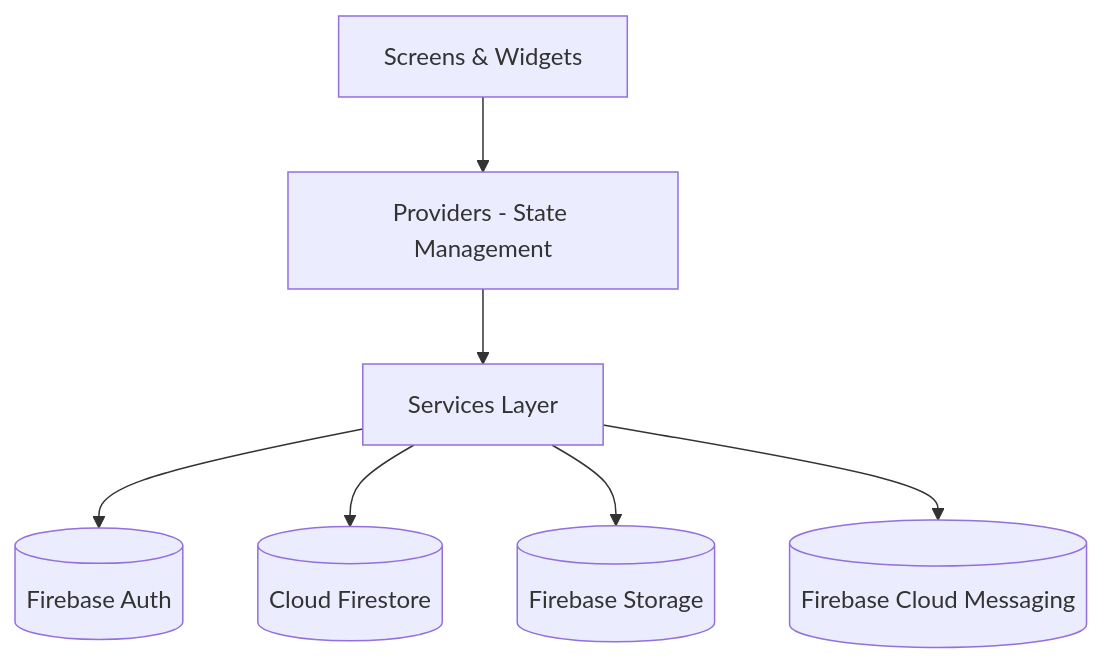
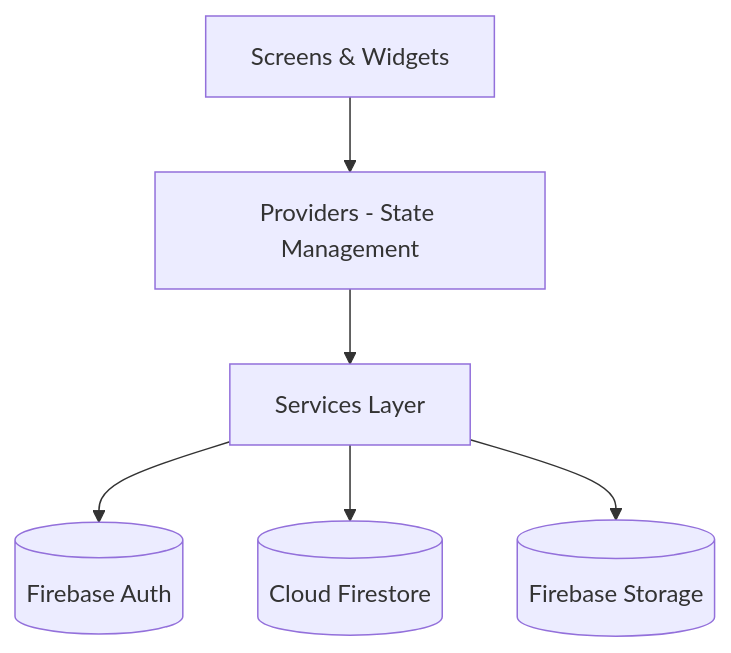
The first of 9 diagrams in Architecture.md (Gabriel1-05/SkillSwap), drawn with Mermaid before and after one commit. The commit also changed other lines of this file, not shown here.

````diff
--- a/Architecture.md
+++ b/Architecture.md
@@ -68,9 +72,8 @@
 ```mermaid
 graph TD
     A["Screens & Widgets"] --> B["Providers - State Management"]
     B --> C["Services Layer"]
     C --> D[("Firebase Auth")]
     C --> E[("Cloud Firestore")]
     C --> F[("Firebase Storage")]
-    C --> G[("Firebase Cloud Messaging")]
 ```
````
